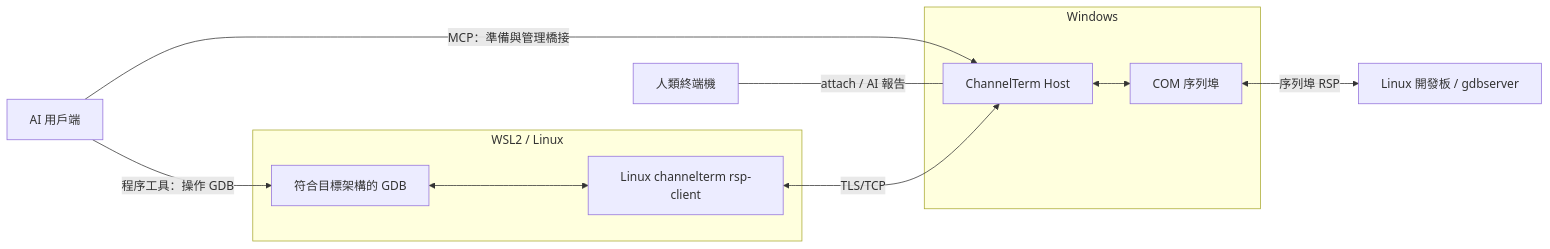
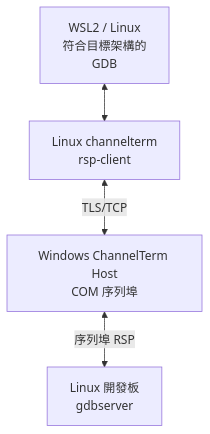
The second of 3 diagrams in README.zh-TW.md (akira-init1/ChannelTerm), drawn with Mermaid before and after one commit. The commit also changed other lines of this file and 13 other files, not shown here.

First line of the commit message:
docs(diagrams): clarify shared terminal and debugger data flows

````diff
--- a/README.zh-TW.md
+++ b/README.zh-TW.md
@@ -239,21 +254,10 @@
 ```mermaid
-flowchart LR
-    AI["AI 用戶端"]
-    Human["人類終端機"]
-    subgraph Windows
-        Host["ChannelTerm Host"]
-        COM["COM 序列埠"]
-        Host <--> COM
-    end
-    subgraph WSL2["WSL2 / Linux"]
-        GDB["符合目標架構的 GDB"]
-        Helper["Linux channelterm rsp-client"]
-        GDB <--> Helper
-    end
-    Board["Linux 開發板 / gdbserver"]
-    AI -->|"MCP：準備與管理橋接"| Host
-    AI -->|"程序工具：操作 GDB"| GDB
-    Human ---|"attach / AI 報告"| Host
+flowchart TB
+    GDB["WSL2 / Linux<br/>符合目標架構的<br/>GDB"]
+    Helper["Linux channelterm<br/>rsp-client"]
+    Host["Windows ChannelTerm Host<br/>COM 序列埠"]
+    Board["Linux 開發板<br/>gdbserver"]
+    GDB <--> Helper
     Helper <-->|"TLS/TCP"| Host
-    COM <-->|"序列埠 RSP"| Board
+    Host <-->|"序列埠 RSP"| Board
 ```
````
